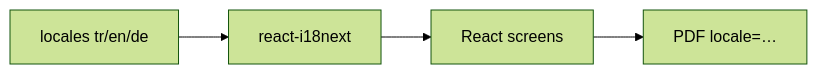
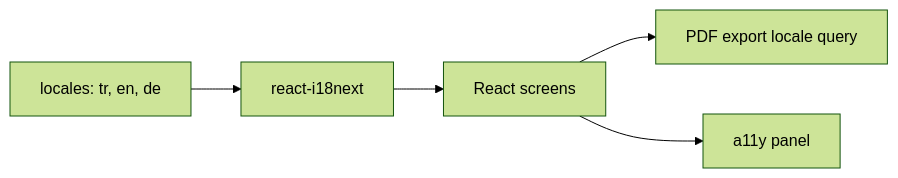
Before and after one commit to fdeniz07/BankApp: the first of 2 diagrams in docs/learning/en/12-i18n-ux.md, drawn with Mermaid (forest theme). The commit also changed other lines of this file and 105 other files, not shown here.

First line of the commit message:
doc: Enrich learning chapters with labs, pitfalls, and safe Mermaid

````diff
--- a/docs/learning/en/12-i18n-ux.md
+++ b/docs/learning/en/12-i18n-ux.md
@@ -11,6 +13,7 @@
 ```mermaid
 flowchart LR
-  LOC[locales tr/en/de] --> I18N[react-i18next]
-  I18N --> UI[React screens]
-  UI --> PDF[PDF locale=…]
+  LOC["locales: tr, en, de"] --> I18N["react-i18next"]
+  I18N --> UI["React screens"]
+  UI --> PDF["PDF export locale query"]
+  UI --> A11Y["a11y panel"]
 ```
````
